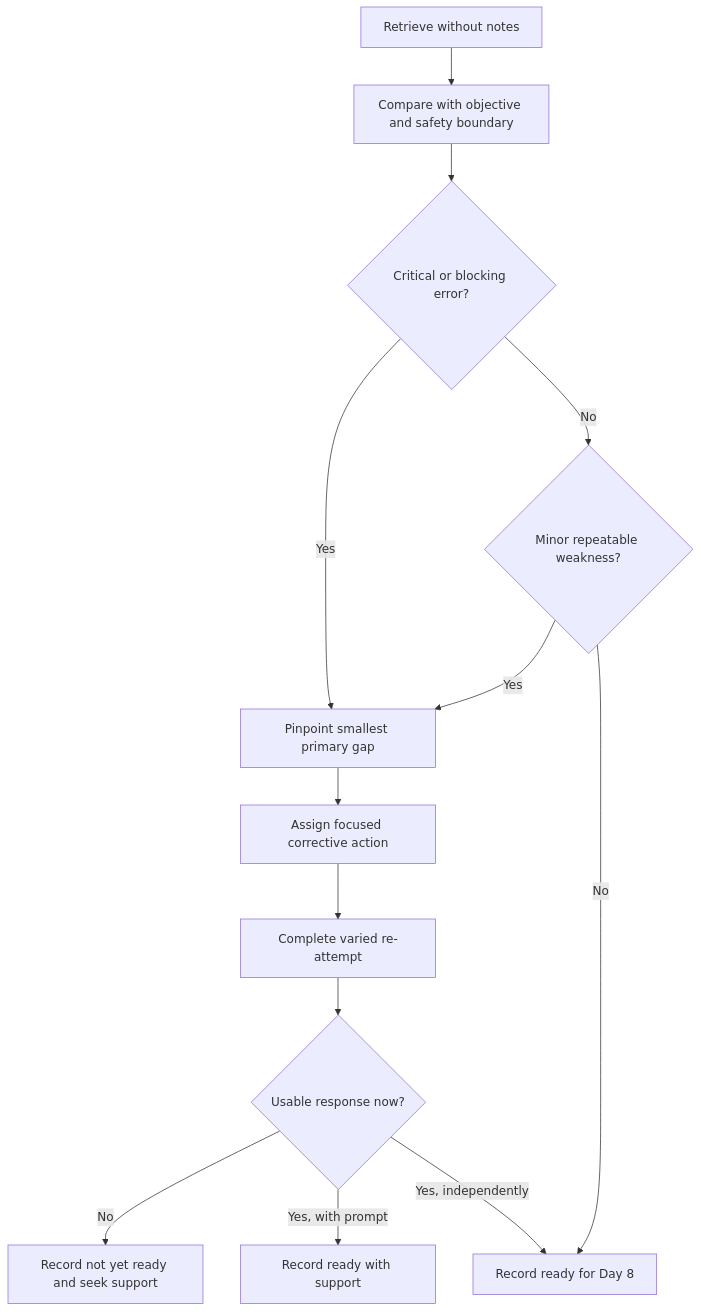
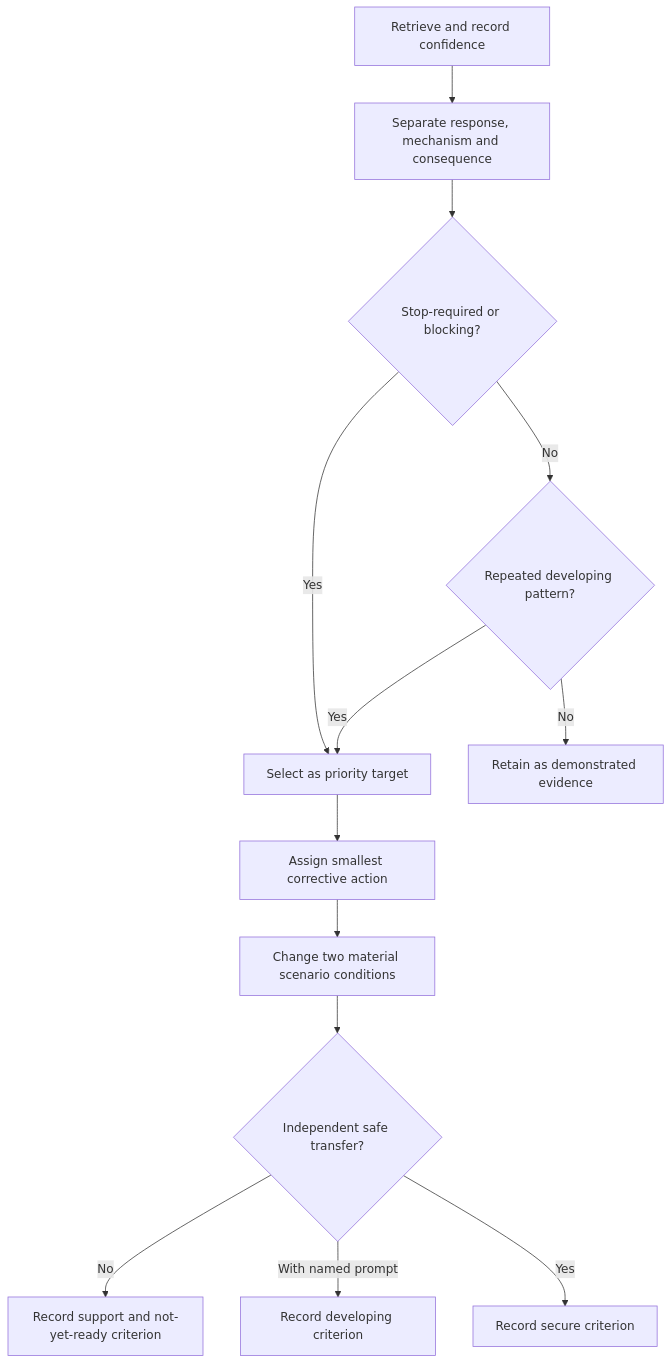
Before and after one commit to andrew3stedall/capstone: the first of 2 diagrams in docs/learning-plans/12-week/modules/day-07-week-1-consolidation-and-individual-remediation-plan.md, drawn with Mermaid. The commit also changed other lines of this file, not shown here.

Commit message:
Improve Day 7 consolidation and remediation quality

````diff
--- a/docs/learning-plans/12-week/modules/day-07-week-1-consolidation-and-individual-remediation-plan.md
+++ b/docs/learning-plans/12-week/modules/day-07-week-1-consolidation-and-individual-remediation-plan.md
@@ -158,15 +161,15 @@
 ```mermaid
 flowchart TD
-    A["Retrieve without notes"] --> B["Compare with objective and safety boundary"]
-    B --> C{"Critical or blocking error?"}
-    C -->|"Yes"| D["Pinpoint smallest primary gap"]
-    C -->|"No"| E{"Minor repeatable weakness?"}
+    A["Retrieve and record confidence"] --> B["Separate response, mechanism and consequence"]
+    B --> C{"Stop-required or blocking?"}
+    C -->|"Yes"| D["Select as priority target"]
+    C -->|"No"| E{"Repeated developing pattern?"}
     E -->|"Yes"| D
-    E -->|"No"| F["Record ready for Day 8"]
-    D --> G["Assign focused corrective action"]
-    G --> H["Complete varied re-attempt"]
-    H --> I{"Usable response now?"}
-    I -->|"No"| J["Record not yet ready and seek support"]
-    I -->|"Yes, with prompt"| K["Record ready with support"]
-    I -->|"Yes, independently"| F
+    E -->|"No"| F["Retain as demonstrated evidence"]
+    D --> G["Assign smallest corrective action"]
+    G --> H["Change two material scenario conditions"]
+    H --> I{"Independent safe transfer?"}
+    I -->|"No"| J["Record support and not-yet-ready criterion"]
+    I -->|"With named prompt"| K["Record developing criterion"]
+    I -->|"Yes"| L["Record secure criterion"]
 ```
````
